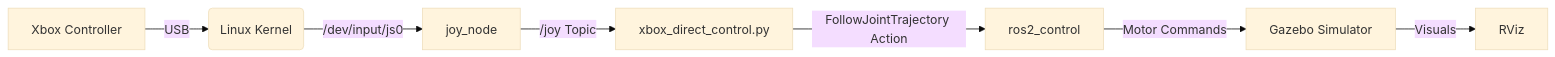
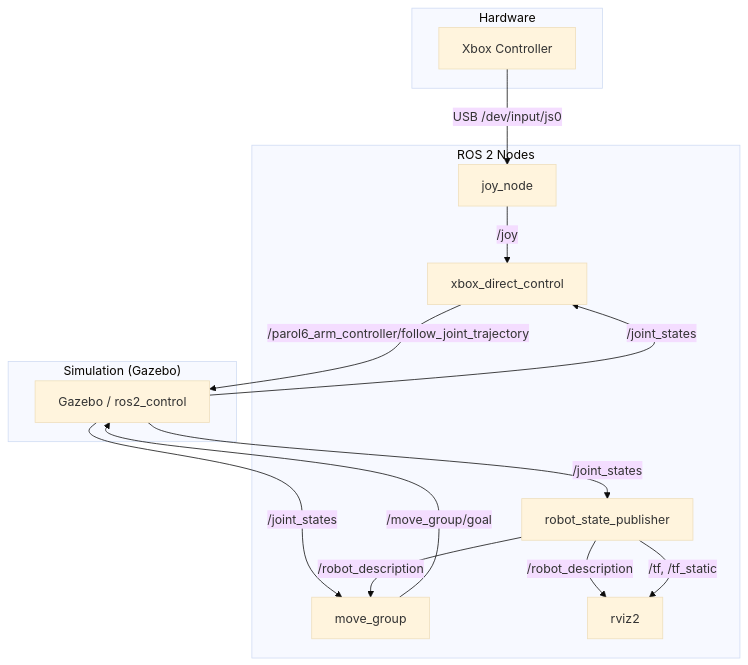
One commit to Abdulkareem771/PAROL6_URDF changed the diagram in PROJECT_EXPLANATION.md. Above: the diagram before and after it, drawn with Mermaid (base theme). The commit also changed other lines of this file, not shown here.

Commit message:
Add system architecture diagram and expansion guide for robust robotics

````diff
--- a/PROJECT_EXPLANATION.md
+++ b/PROJECT_EXPLANATION.md
@@ -245,9 +245,34 @@
 ```mermaid
-graph LR
-    A[Xbox Controller] -->|USB| B(Linux Kernel)
-    B -->|/dev/input/js0| C[joy_node]
-    C -->|/joy Topic| D[xbox_direct_control.py]
-    D -->|FollowJointTrajectory Action| E[ros2_control]
-    E -->|Motor Commands| F[Gazebo Simulator]
-    F -->|Visuals| G[RViz]
+graph TD
+    subgraph Hardware
+        Xbox[Xbox Controller]
+    end
+
+    subgraph "ROS 2 Nodes"
+        JoyNode[joy_node]
+        DirectControl[xbox_direct_control]
+        MoveGroup[move_group]
+        RSP[robot_state_publisher]
+        RViz[rviz2]
+    end
+
+    subgraph "Simulation (Gazebo)"
+        Gazebo[Gazebo / ros2_control]
+    end
+
+    %% Connections
+    Xbox -->|USB /dev/input/js0| JoyNode
+    JoyNode -->|/joy| DirectControl
+    
+    DirectControl -->|/parol6_arm_controller/follow_joint_trajectory| Gazebo
+    
+    Gazebo -->|/joint_states| RSP
+    Gazebo -->|/joint_states| DirectControl
+    Gazebo -->|/joint_states| MoveGroup
+    
+    RSP -->|/robot_description| MoveGroup
+    RSP -->|/robot_description| RViz
+    RSP -->|/tf, /tf_static| RViz
+    
+    MoveGroup -->|/move_group/goal| Gazebo
 ```
````
